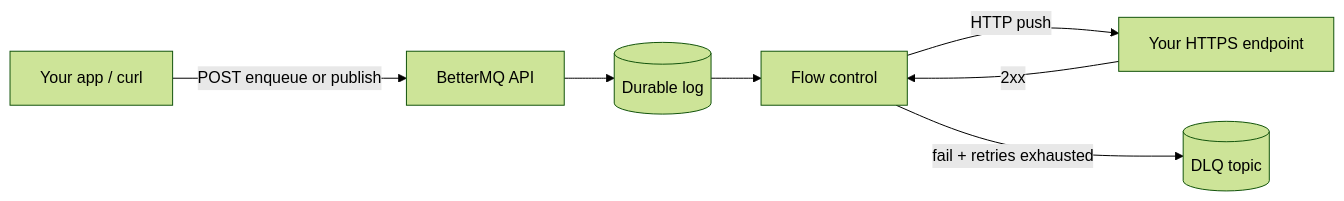
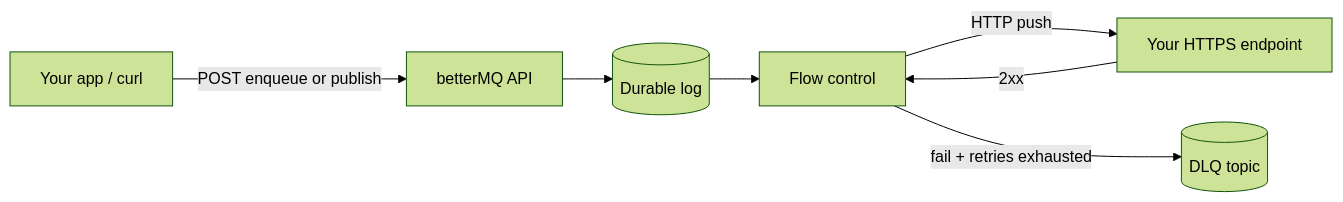
Before and after one commit to betterMQ/betterMQ: the diagram in README.md, drawn with Mermaid (forest theme). The commit also changed other lines of this file, not shown here.

Commit message:
Correct capitalization of 'betterMQ' throughout README

````diff
--- a/README.md
+++ b/README.md
@@ -29,15 +29,15 @@
 ```mermaid
 flowchart LR
   Client[Your app / curl]
-  API[BetterMQ API]
+  API[betterMQ API]
   WAL[(Durable log)]
   Flow[Flow control]
   Webhook[Your HTTPS endpoint]
 
   Client -->|POST enqueue or publish| API
   API --> WAL
   WAL --> Flow
   Flow -->|HTTP push| Webhook
   Webhook -->|2xx| Flow
   Flow -->|fail + retries exhausted| DLQ[(DLQ topic)]
 ```
````
